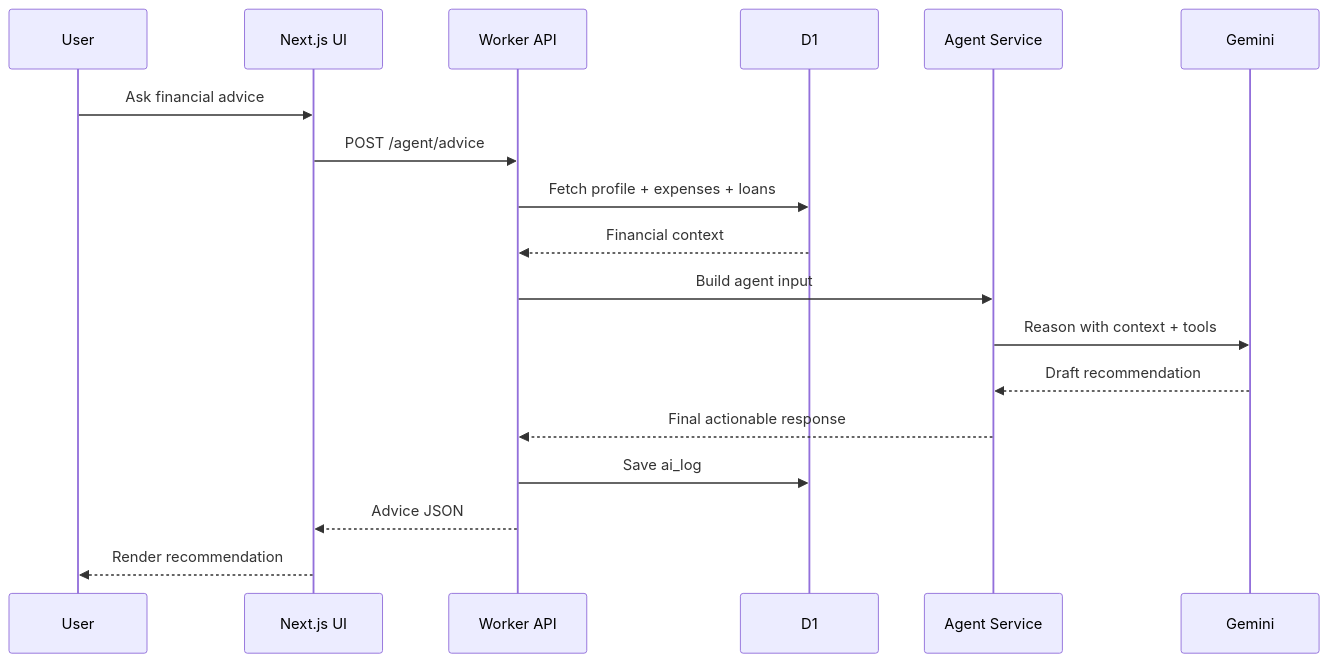
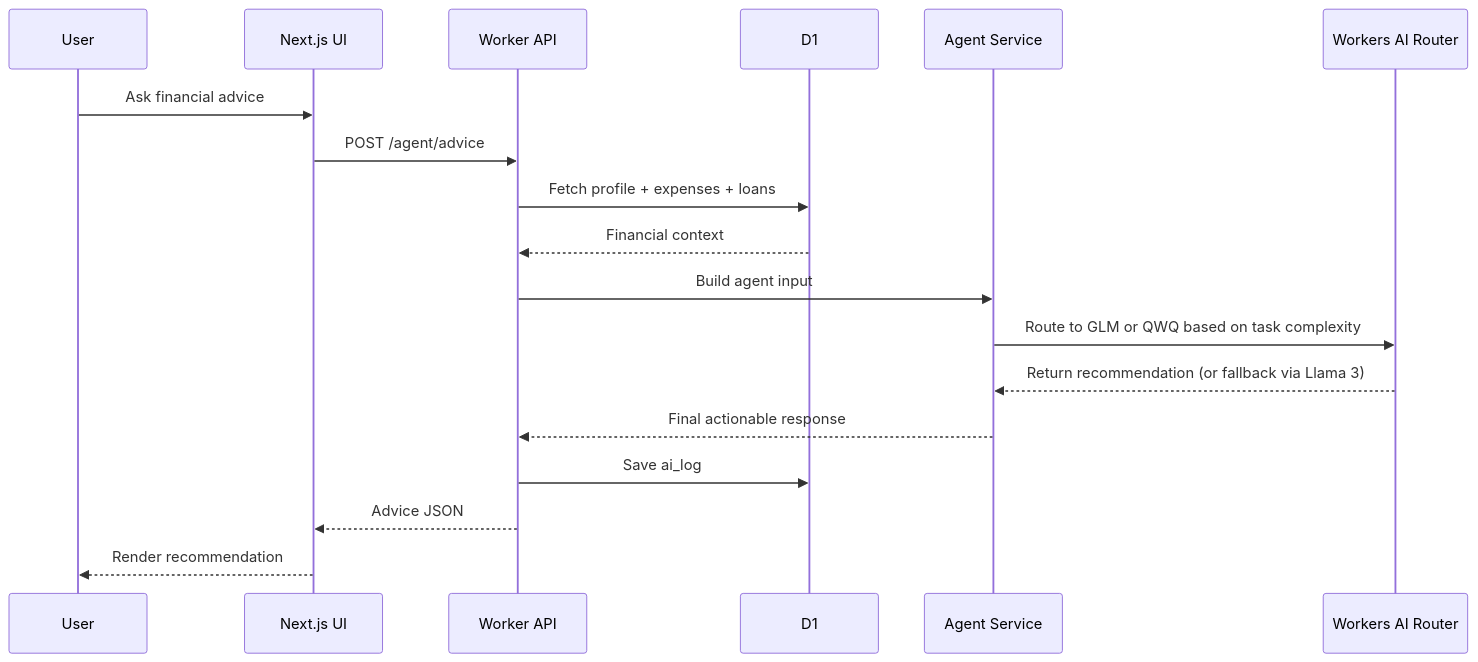
Before and after one commit to murtuza777/BurryAI: the fifth of 7 diagrams in UNIVERSITY_PROJECT_EXPLANATION.md, drawn with Mermaid. The commit also changed other lines of this file and 2 other files, not shown here.

Commit message:
docs: describe routed Workers AI architecture

````diff
--- a/UNIVERSITY_PROJECT_EXPLANATION.md
+++ b/UNIVERSITY_PROJECT_EXPLANATION.md
@@ -127,21 +131,21 @@
 ```mermaid
 sequenceDiagram
   participant User
   participant UI as Next.js UI
   participant API as Worker API
   participant DB as D1
   participant Agent as Agent Service
-  participant LLM as Gemini
+  participant LLM as Workers AI Router
 
   User->>UI: Ask financial advice
   UI->>API: POST /agent/advice
   API->>DB: Fetch profile + expenses + loans
   DB-->>API: Financial context
   API->>Agent: Build agent input
-  Agent->>LLM: Reason with context + tools
-  LLM-->>Agent: Draft recommendation
+  Agent->>LLM: Route to GLM or QWQ based on task complexity
+  LLM-->>Agent: Return recommendation (or fallback via Llama 3)
   Agent-->>API: Final actionable response
   API->>DB: Save ai_log
   API-->>UI: Advice JSON
   UI-->>User: Render recommendation
 ```
````
